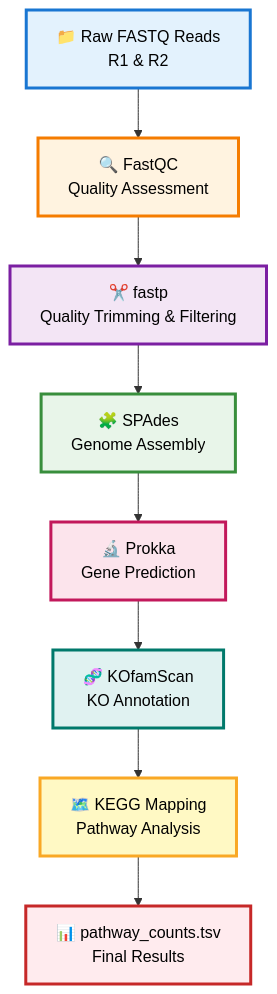
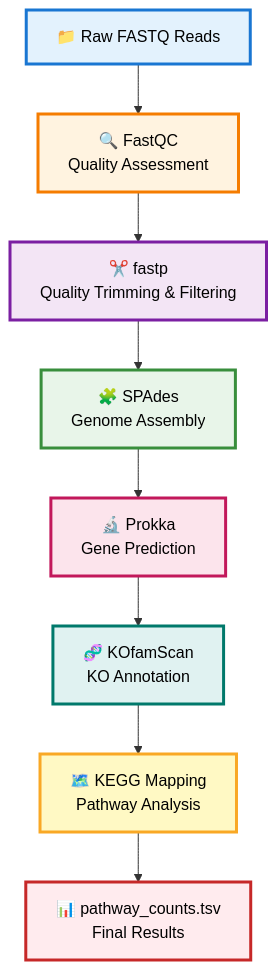
Before and after one commit to Bharat-Genome-Database-BGDB/CoGe_Pipeline: the first of 3 diagrams in group 2/README.md, drawn with Mermaid. The commit also changed other lines of this file, not shown here.

````diff
--- a/group 2/README.md
+++ b/group 2/README.md
@@ -47,19 +47,19 @@
 ```mermaid
 graph TB
-    A[📁 Raw FASTQ Reads<br/>R1 & R2] --> B[🔍 FastQC<br/>Quality Assessment]
+    A[📁 Raw FASTQ Reads<br/>] --> B[🔍 FastQC<br/>Quality Assessment]
     B --> C[✂️ fastp<br/>Quality Trimming & Filtering]
     C --> D[🧩 SPAdes<br/>Genome Assembly]
     D --> E[🔬 Prokka<br/>Gene Prediction]
     E --> F[🧬 KOfamScan<br/>KO Annotation]
     F --> G[🗺️ KEGG Mapping<br/>Pathway Analysis]
     G --> H[📊 pathway_counts.tsv<br/>Final Results]
     
     style A fill:#e3f2fd,stroke:#1976d2,stroke-width:3px,color:#000
     style B fill:#fff3e0,stroke:#f57c00,stroke-width:3px,color:#000
     style C fill:#f3e5f5,stroke:#7b1fa2,stroke-width:3px,color:#000
     style D fill:#e8f5e9,stroke:#388e3c,stroke-width:3px,color:#000
     style E fill:#fce4ec,stroke:#c2185b,stroke-width:3px,color:#000
     style F fill:#e0f2f1,stroke:#00796b,stroke-width:3px,color:#000
     style G fill:#fff9c4,stroke:#f9a825,stroke-width:3px,color:#000
     style H fill:#ffebee,stroke:#c62828,stroke-width:3px,color:#000
 ```
````
